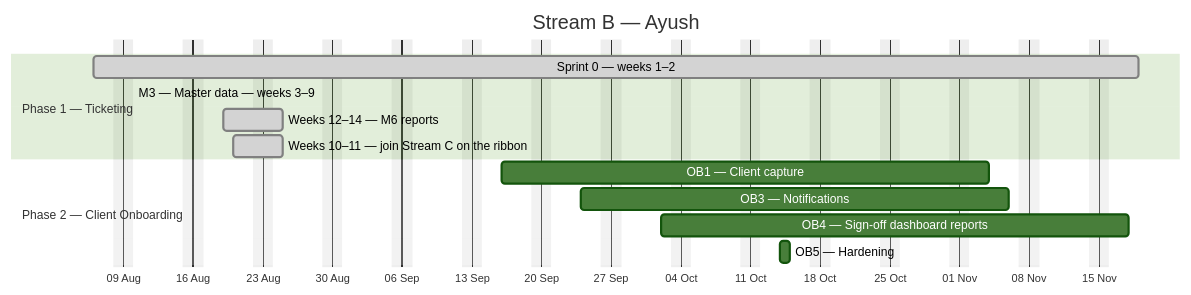
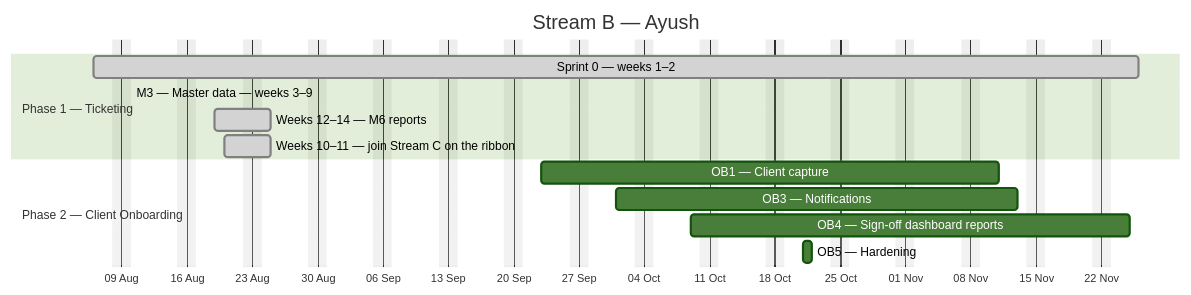
One commit to debashisedunext/EduTrack changed the second of 4 diagrams in docs/plan/GANTT.md. Above: the diagram before and after it, drawn with Mermaid (forest theme). The commit also changed other lines of this file and 2 other files, not shown here.

````diff
--- a/docs/plan/GANTT.md
+++ b/docs/plan/GANTT.md
@@ -166,17 +166,17 @@
 ```mermaid
 gantt
     dateFormat YYYY-MM-DD
     axisFormat %d %b
     title Stream B — Ayush
     excludes weekends
     section Phase 1 — Ticketing
-    Sprint 0 — weeks 1–2 :done, b0, 2026-08-06, 75d
-    M3 — Master data — weeks 3–9 :done, b1, 2026-08-10, -62d
+    Sprint 0 — weeks 1–2 :done, b0, 2026-08-06, 80d
+    M3 — Master data — weeks 3–9 :done, b1, 2026-08-10, -67d
     Weeks 12–14 — M6 reports :done, b2, 2026-08-19, 4d
     Weeks 10–11 — join Stream C on the ribbon :done, b3, 2026-08-20, 3d
     section Phase 2 — Client Onboarding
-    OB1 — Client capture :b4, 2026-09-16, 35d
-    OB3 — Notifications :b5, 2026-09-24, 31d
-    OB4 — Sign-off  dashboard  reports :b6, 2026-10-02, 33d
-    OB5 — Hardening :b7, 2026-10-14, 1d
+    OB1 — Client capture :b4, 2026-09-23, 35d
+    OB3 — Notifications :b5, 2026-10-01, 31d
+    OB4 — Sign-off  dashboard  reports :b6, 2026-10-09, 33d
+    OB5 — Hardening :b7, 2026-10-21, 1d
 ```
````
